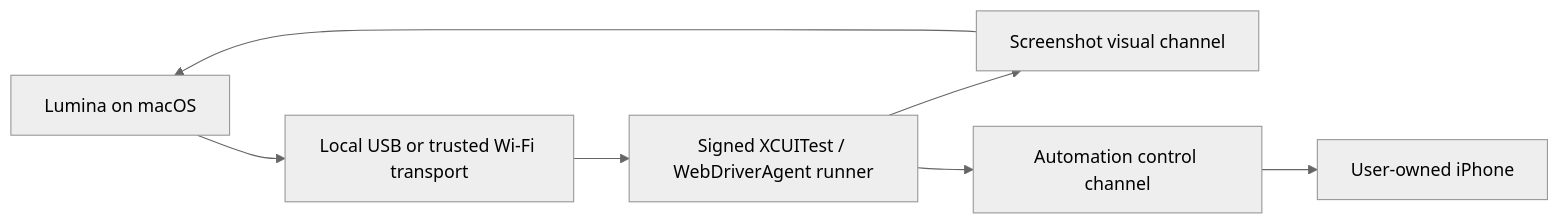
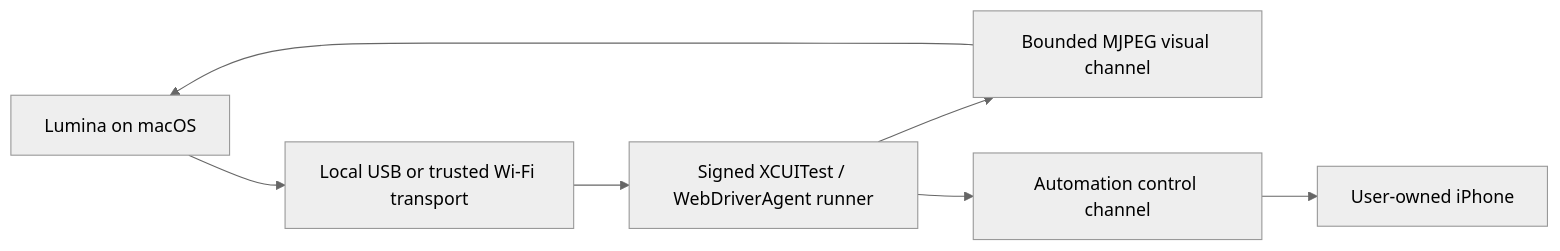
Before and after one commit to ipixeldev/Lumina: the diagram in README.md, drawn with Mermaid (neutral theme). The commit also changed other lines of this file and 16 other files, not shown here.

````diff
--- a/README.md
+++ b/README.md
@@ -28,16 +28,16 @@
 ```mermaid
 flowchart LR
     Mac["Lumina on macOS"]
     Transport["Local USB or trusted Wi-Fi transport"]
     Runner["Signed XCUITest / WebDriverAgent runner"]
-    Screen["Screenshot visual channel"]
+    Screen["Bounded MJPEG visual channel"]
     Control["Automation control channel"]
     Phone["User-owned iPhone"]
 
     Mac --> Transport
     Transport --> Runner
     Runner --> Screen
     Runner --> Control
     Screen --> Mac
     Control --> Phone
 ```
````
